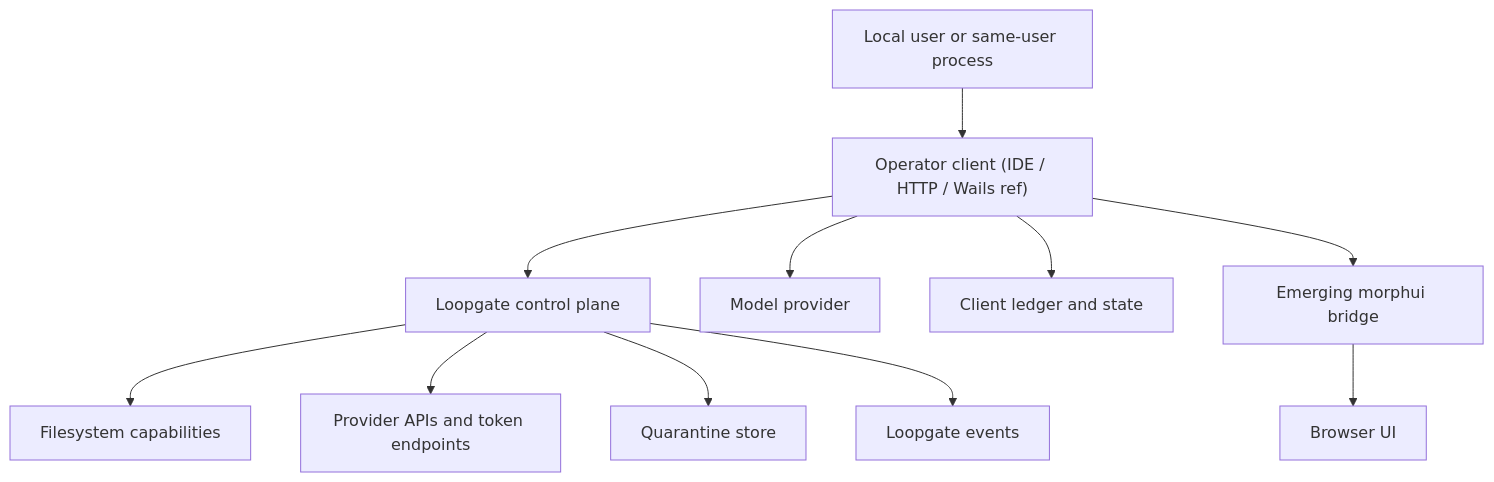
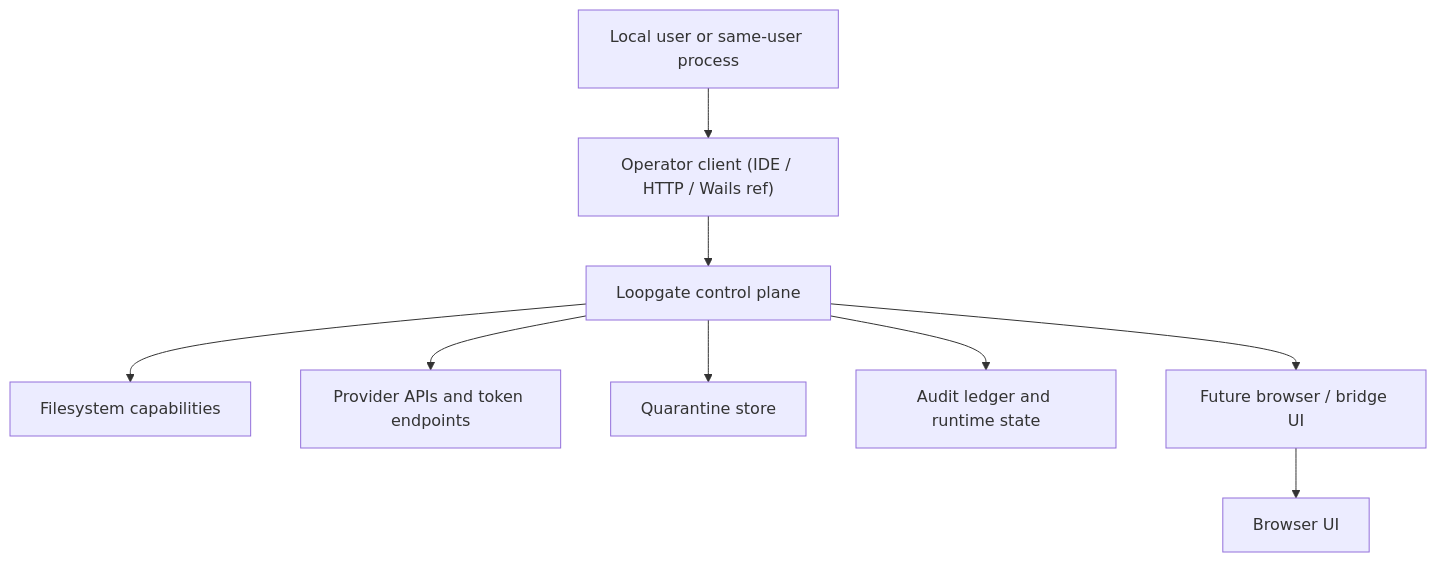
Before and after one commit to loop-root/loopgate: the diagram in docs/loopgate-threat-model.md, drawn with Mermaid. The commit also changed other lines of this file and 5 other files, not shown here.

````diff
--- a/docs/loopgate-threat-model.md
+++ b/docs/loopgate-threat-model.md
@@ -107,13 +107,11 @@
 ```mermaid
 flowchart TD
   User["Local user or same-user process"] --> Client["Operator client (IDE / HTTP / Wails ref)"]
   Client --> Loopgate["Loopgate control plane"]
-  Client --> Model["Model provider"]
   Loopgate --> Files["Filesystem capabilities"]
   Loopgate --> Provider["Provider APIs and token endpoints"]
   Loopgate --> Quarantine["Quarantine store"]
-  Client --> Ledger["Client ledger and state"]
-  Loopgate --> Audit["Loopgate events"]
-  Client --> Bridge["Emerging morphui bridge"]
+  Loopgate --> Audit["Audit ledger and runtime state"]
+  Loopgate --> Bridge["Future browser / bridge UI"]
   Bridge --> Browser["Browser UI"]
 ```
````
